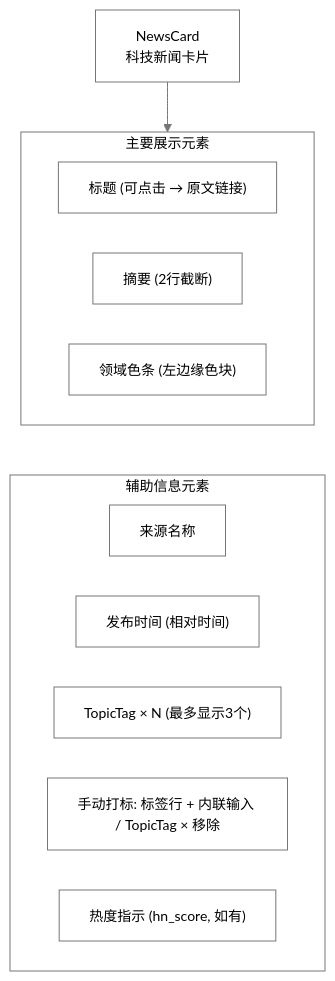
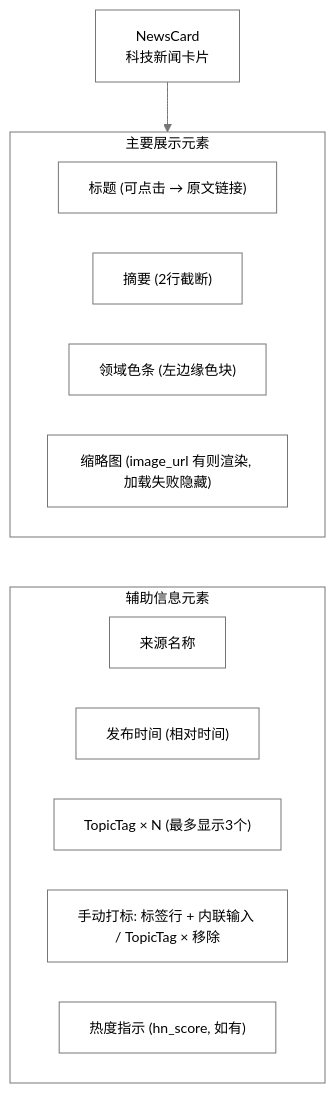
One commit to onceme/instantboard changed the first of 3 diagrams in docs/dev-guide/design/tech-tab.md. Above: the diagram before and after it, drawn with Mermaid. The commit also changed other lines of this file and 7 other files, not shown here.

````diff
--- a/docs/dev-guide/design/tech-tab.md
+++ b/docs/dev-guide/design/tech-tab.md
@@ -166,19 +166,20 @@
 ```mermaid
 %%{init: {"theme": "base", "themeVariables": {"primaryColor": "#ffffff", "primaryTextColor": "#000000", "primaryBorderColor": "#767676", "lineColor": "#767676", "arrowheadColor": "#767676", "secondaryColor": "#ffffff", "secondaryTextColor": "#000000", "secondaryBorderColor": "#767676", "tertiaryColor": "#ffffff", "tertiaryTextColor": "#000000", "tertiaryBorderColor": "#767676", "edgeLabelBackground": "#ffffff", "textColor": "#000000", "nodeTextColor": "#000000", "mainBkg": "#ffffff", "nodeBorder": "#767676", "clusterBkg": "#ffffff", "clusterBdr": "#767676", "clusterTextColor": "#000000", "titleColor": "#000000", "fontSize": "14px"}, "flowchart": {"nodeSpacing": 40, "rankSpacing": 50, "wrappingWidth": 180, "useMaxWidth": true}}}%%
 graph TD
     NC["NewsCard<br/>科技新闻卡片"]
     subgraph Main["主要展示元素"]
         NT["标题 (可点击 → 原文链接)"]
         NS["摘要 (2行截断)"]
         DC["领域色条 (左边缘色块)"]
+        NImg["缩略图 (image_url 有则渲染, 加载失败隐藏)"]
     end
     subgraph Meta["辅助信息元素"]
         NR["来源名称"]
         NP["发布时间 (相对时间)"]
         NTag["TopicTag × N (最多显示3个)"]
         NTagEdit["手动打标: 标签行 + 内联输入 / TopicTag × 移除"]
         NH["热度指示 (hn_score, 如有)"]
     end
     NC --> Main
     Main ~~~ Meta
 ```
````
